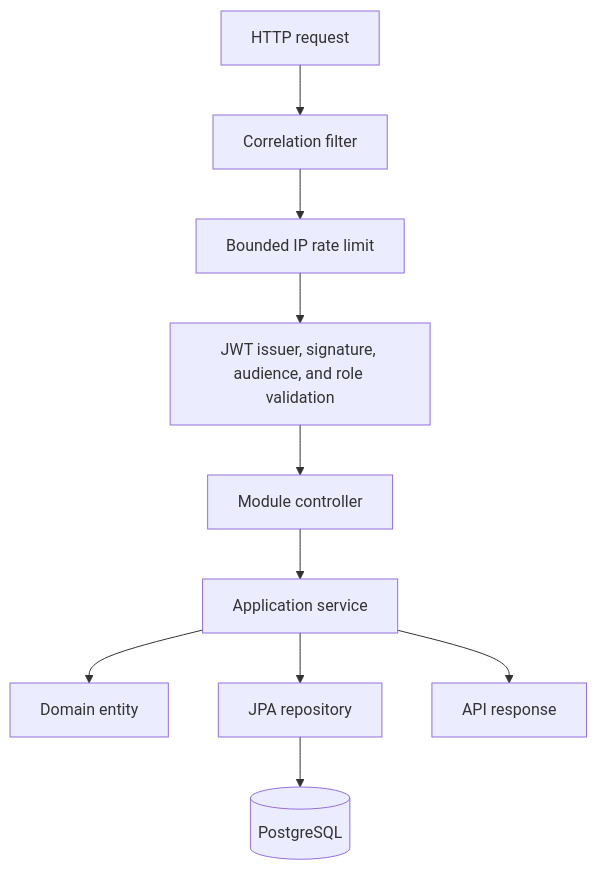
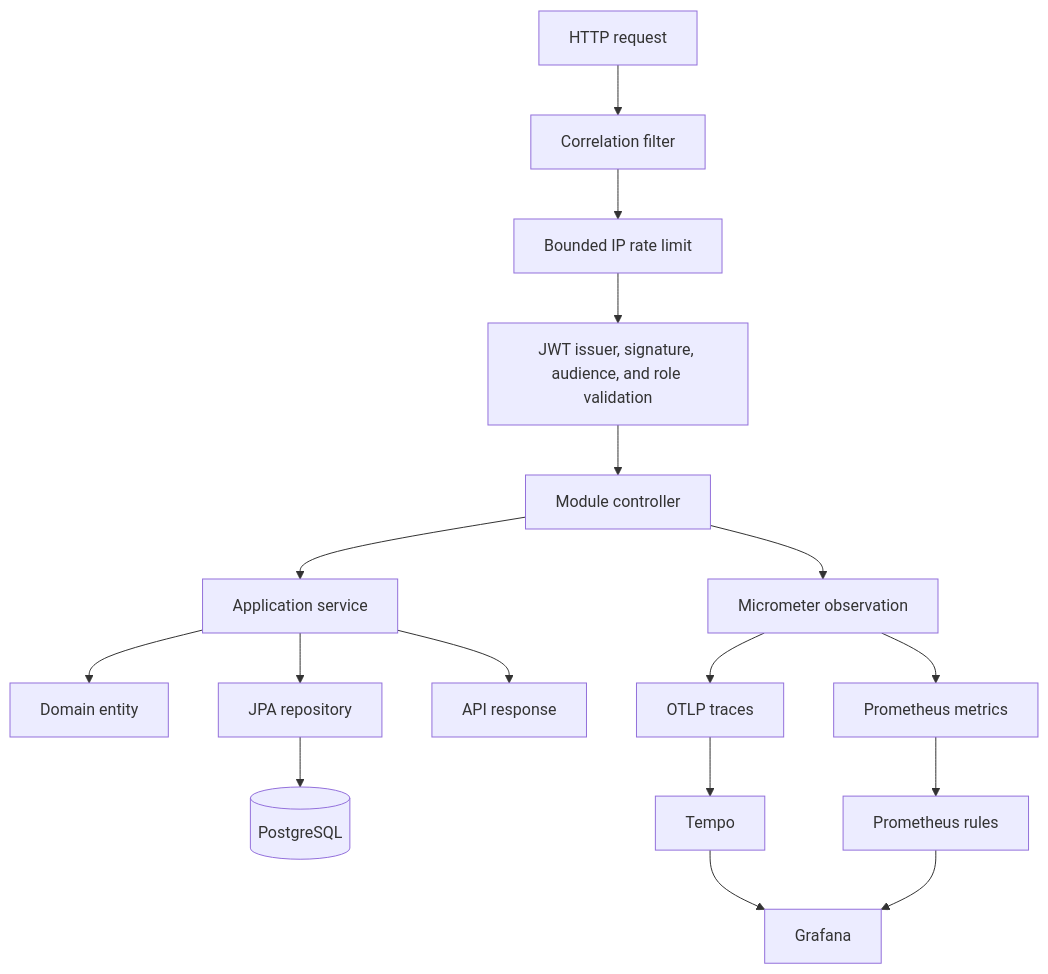
The first of 2 diagrams in docs/architecture.md (ahmadkadri978/rheinops-platform), drawn with Mermaid before and after one commit. The commit also changed other lines of this file and 36 other files, not shown here.

````diff
--- a/docs/architecture.md
+++ b/docs/architecture.md
@@ -11,12 +11,19 @@
 ```mermaid
 flowchart TD
     Request[HTTP request] --> Correlation[Correlation filter]
     Correlation --> Limit[Bounded IP rate limit]
     Limit --> JWT[JWT issuer, signature, audience, and role validation]
     JWT --> Controller[Module controller]
     Controller --> Application[Application service]
     Application --> Domain[Domain entity]
     Application --> Repository[JPA repository]
     Repository --> PostgreSQL[(PostgreSQL)]
     Application --> Response[API response]
+    Controller --> Observation[Micrometer observation]
+    Observation --> Metrics[Prometheus metrics]
+    Observation --> Traces[OTLP traces]
+    Traces --> Tempo[Tempo]
+    Metrics --> Prometheus[Prometheus rules]
+    Tempo --> Grafana[Grafana]
+    Prometheus --> Grafana
 ```
````
